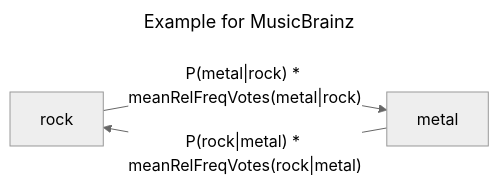
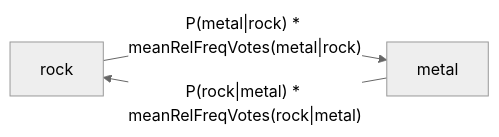
Before and after one commit to markusradke/GenreDiscourseAnalysis: the first of 3 diagrams in inst/02_genre_trees.qmd, drawn with Mermaid (neutral theme). The commit also changed other lines of this file and 13 other files, not shown here.

````diff
--- a/inst/02_genre_trees.qmd
+++ b/inst/02_genre_trees.qmd
@@ -54,8 +47,5 @@
 ```{mermaid}
----
-title: "Example for MusicBrainz"
----
 flowchart LR
 rock -- P(metal|rock) * meanRelFreqVotes(metal|rock) --> metal
 metal -- P(rock|metal) * meanRelFreqVotes(rock|metal) --> rock
 ```
````
